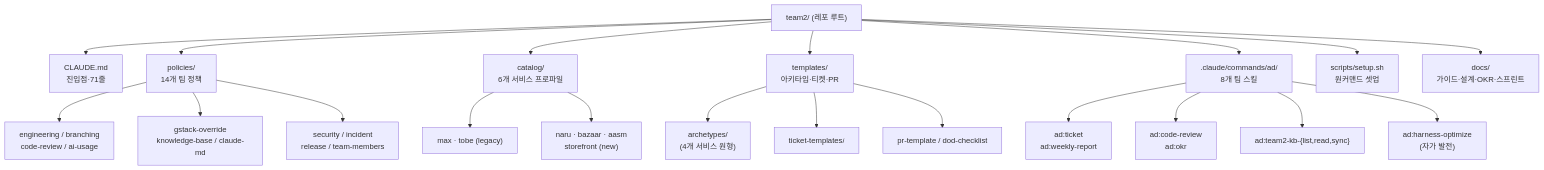
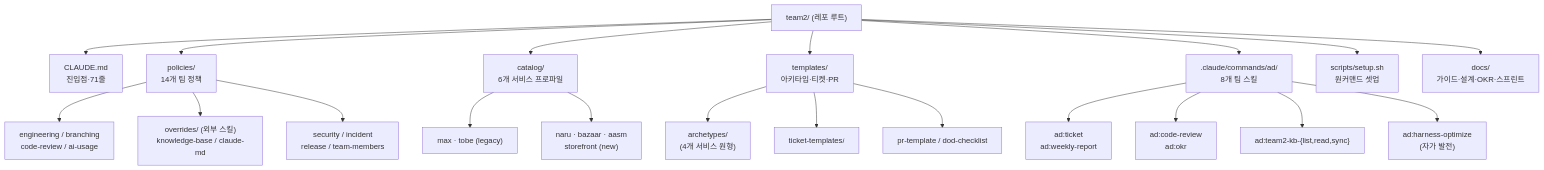
One commit to jmkim-aladin/team2-harness changed the first of 8 diagrams in docs/team-harness-design.md. Above: the diagram before and after it, drawn with Mermaid. The commit also changed other lines of this file and 20 other files, not shown here.

````diff
--- a/docs/team-harness-design.md
+++ b/docs/team-harness-design.md
@@ -40,26 +40,26 @@
 ```mermaid
 graph TD
     Root["team2/ (레포 루트)"] --> CLAUDE["CLAUDE.md<br/>진입점·71줄"]
     Root --> Policies["policies/<br/>14개 팀 정책"]
     Root --> Catalog["catalog/<br/>6개 서비스 프로파일"]
     Root --> Templates["templates/<br/>아키타입·티켓·PR"]
     Root --> Skills[".claude/commands/ad/<br/>8개 팀 스킬"]
     Root --> Scripts["scripts/setup.sh<br/>원커맨드 셋업"]
     Root --> Docs["docs/<br/>가이드·설계·OKR·스프린트"]
 
     Policies --> P1["engineering / branching<br/>code-review / ai-usage"]
-    Policies --> P2["gstack-override<br/>knowledge-base / claude-md"]
+    Policies --> P2["overrides/ (외부 스킬)<br/>knowledge-base / claude-md"]
     Policies --> P3["security / incident<br/>release / team-members"]
 
     Catalog --> C1["max · tobe (legacy)"]
     Catalog --> C2["naru · bazaar · aasm<br/>storefront (new)"]
 
     Templates --> T1["archetypes/<br/>(4개 서비스 원형)"]
     Templates --> T2["ticket-templates/"]
     Templates --> T3["pr-template / dod-checklist"]
 
     Skills --> S1["ad:ticket<br/>ad:weekly-report"]
     Skills --> S2["ad:code-review<br/>ad:okr"]
     Skills --> S3["ad:team2-kb-{list,read,sync}"]
     Skills --> S4["ad:harness-optimize<br/>(자가 발전)"]
 ```
````
